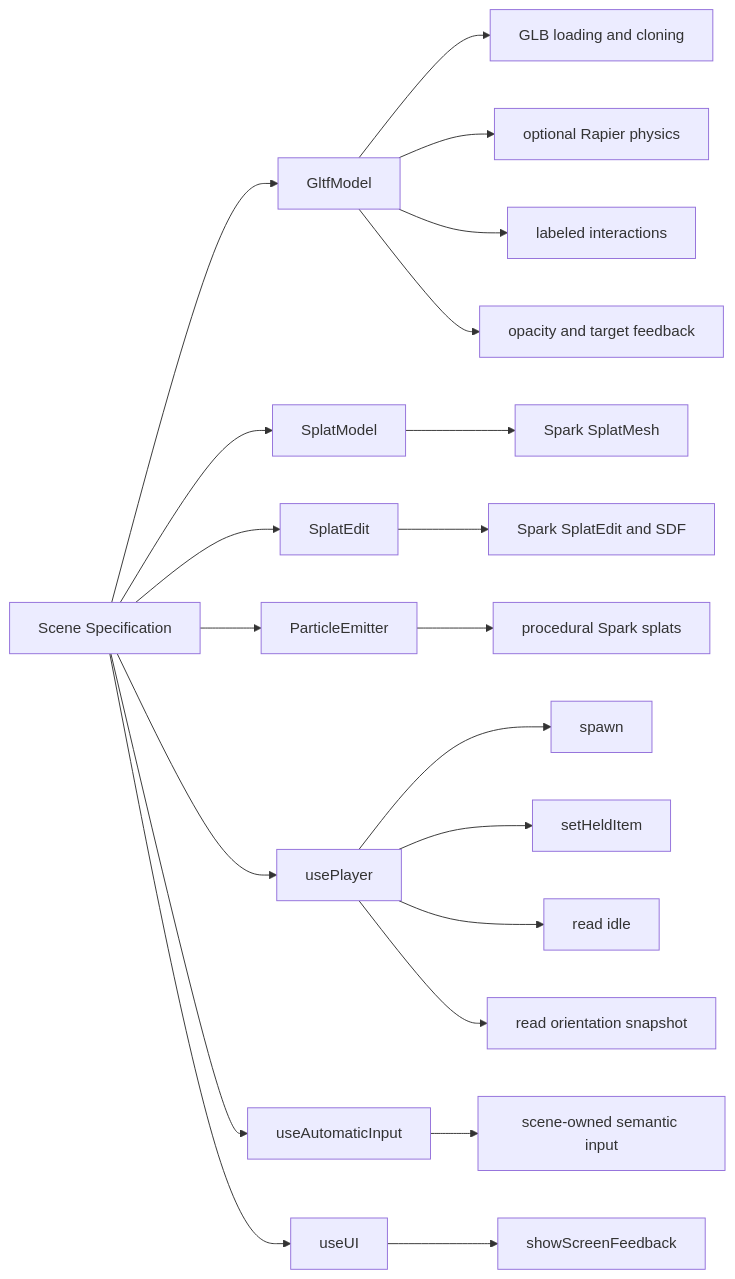
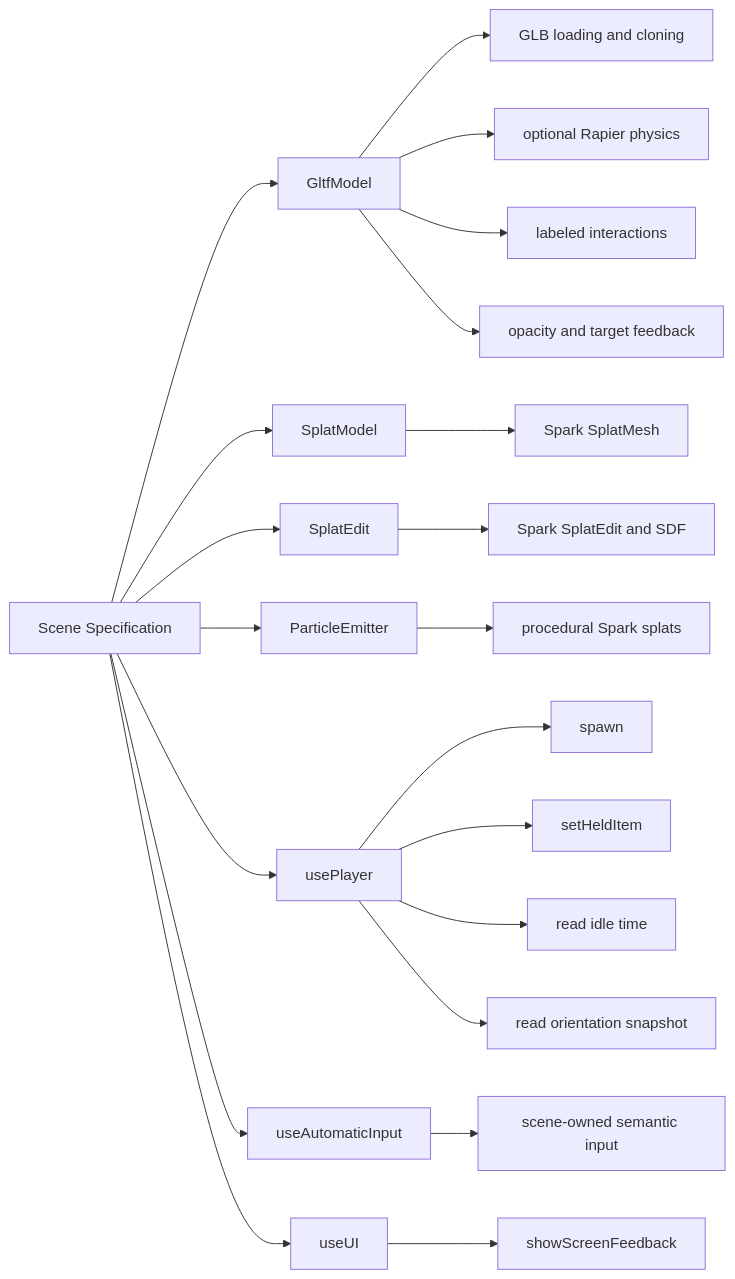
The fourth of 9 diagrams in docs/architecture.md (raolir/omnipraxis), drawn with Mermaid before and after one commit. The commit also changed other lines of this file and 8 other files, not shown here.

Commit message:
Fix input state and expose idle time

````diff
--- a/docs/architecture.md
+++ b/docs/architecture.md
@@ -80,30 +80,30 @@
 ```mermaid
 flowchart LR
   Scene[Scene Specification]
 
   Scene --> GltfModel[GltfModel]
   Scene --> SplatModel[SplatModel]
   Scene --> SplatEdit[SplatEdit]
   Scene --> ParticleEmitter[ParticleEmitter]
   Scene --> PlayerAPI[usePlayer]
   Scene --> AutomaticInputAPI[useAutomaticInput]
   Scene --> UIAPI[useUI]
 
   PlayerAPI --> Spawn[spawn]
   PlayerAPI --> HeldItem[setHeldItem]
-  PlayerAPI --> Idle[read idle]
+  PlayerAPI --> IdleTime[read idle time]
   PlayerAPI --> Orientation[read orientation snapshot]
 
   AutomaticInputAPI --> AutomaticInput[scene-owned semantic input]
 
   UIAPI --> Feedback[showScreenFeedback]
 
   GltfModel --> GLBLoading[GLB loading and cloning]
   GltfModel --> OptionalPhysics[optional Rapier physics]
   GltfModel --> Interaction[labeled interactions]
   GltfModel --> MaterialFeedback[opacity and target feedback]
 
   SplatModel --> SparkSplat[Spark SplatMesh]
   SplatEdit --> SparkEdit[Spark SplatEdit and SDF]
   ParticleEmitter --> ProceduralSplats[procedural Spark splats]
 ```
````
